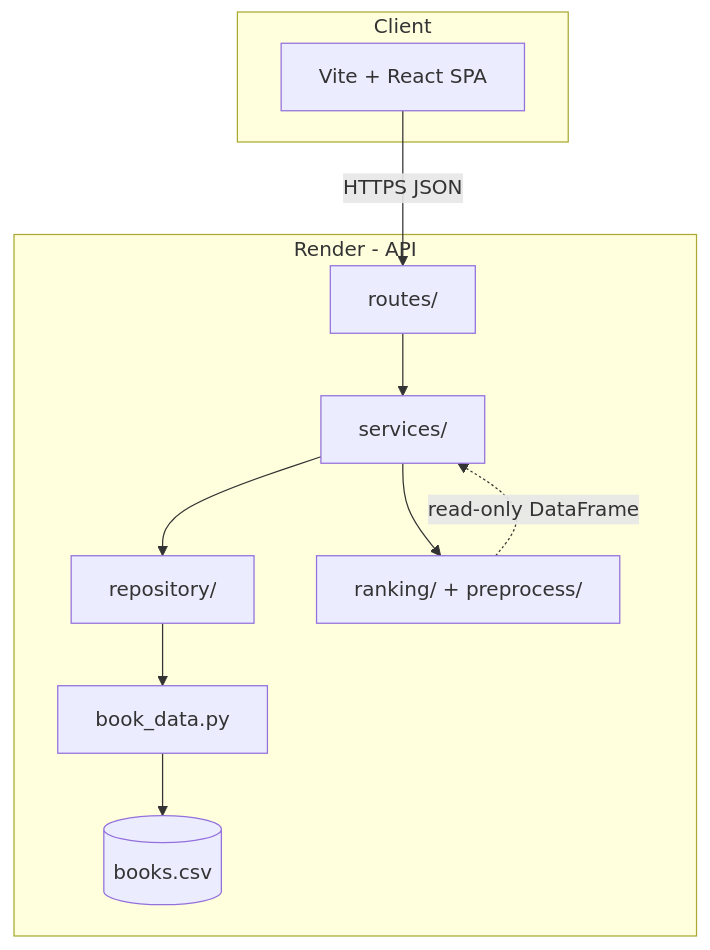
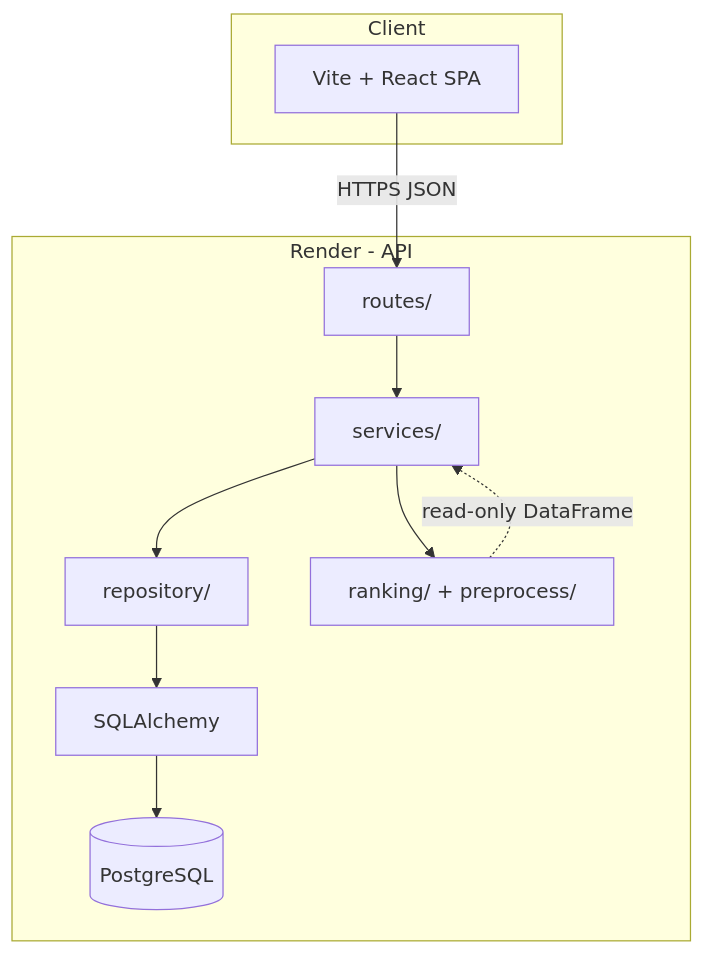
The fourth of 4 diagrams in docs/engineering/architecture.md (tranguyeenn/shelftxt), drawn with Mermaid before and after one commit. The commit also changed other lines of this file and 16 other files, not shown here.

````diff
--- a/docs/engineering/architecture.md
+++ b/docs/engineering/architecture.md
@@ -129,23 +135,23 @@
 ```mermaid
 flowchart TB
   subgraph client [Client]
     UI[Vite + React SPA]
   end
 
   subgraph render [Render - API]
     Routes[routes/]
     Services[services/]
     Repo[repository/]
-    BookData[book_data.py]
+    SA[SQLAlchemy]
     Rank[ranking/ + preprocess/]
-    CSV[(books.csv)]
+    DB[(PostgreSQL)]
   end
 
   UI -->|HTTPS JSON| Routes
   Routes --> Services
   Services --> Repo
-  Repo --> BookData
-  BookData --> CSV
+  Repo --> SA
+  SA --> DB
   Services --> Rank
   Rank -.->|read-only DataFrame| Services
 ```
````
